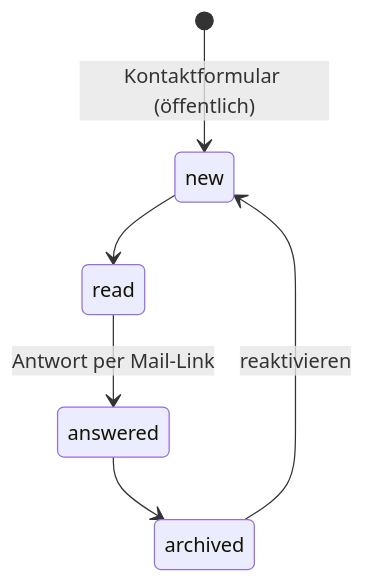
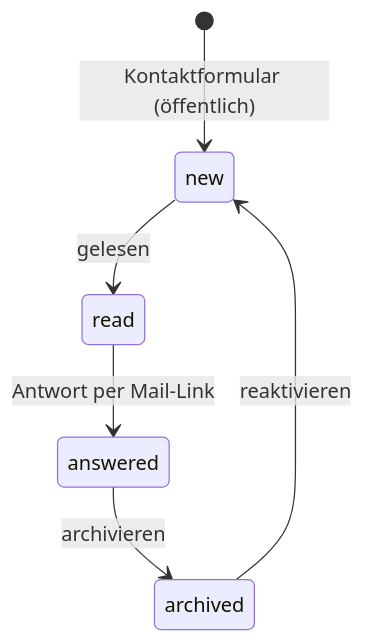
Before and after one commit to solmando-blip/HPV-Trainer: the fifth of 8 diagrams in docs/WORKFLOWS.md, drawn with Mermaid. The commit also changed other lines of this file, not shown here.

First line of the commit message:
docs(WORKFLOWS): single-line state-diagram labels for reliable rendering

````diff
--- a/docs/WORKFLOWS.md
+++ b/docs/WORKFLOWS.md
@@ -109,8 +109,8 @@
 ```mermaid
 stateDiagram-v2
     [*] --> new: Kontaktformular (öffentlich)
-    new --> read
+    new --> read: gelesen
     read --> answered: Antwort per Mail-Link
-    answered --> archived
+    answered --> archived: archivieren
     archived --> new: reaktivieren
 ```
````
